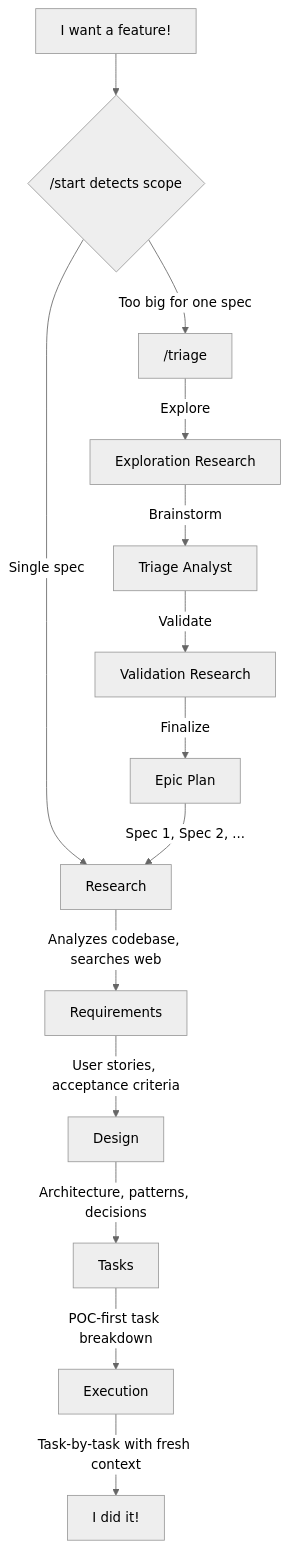
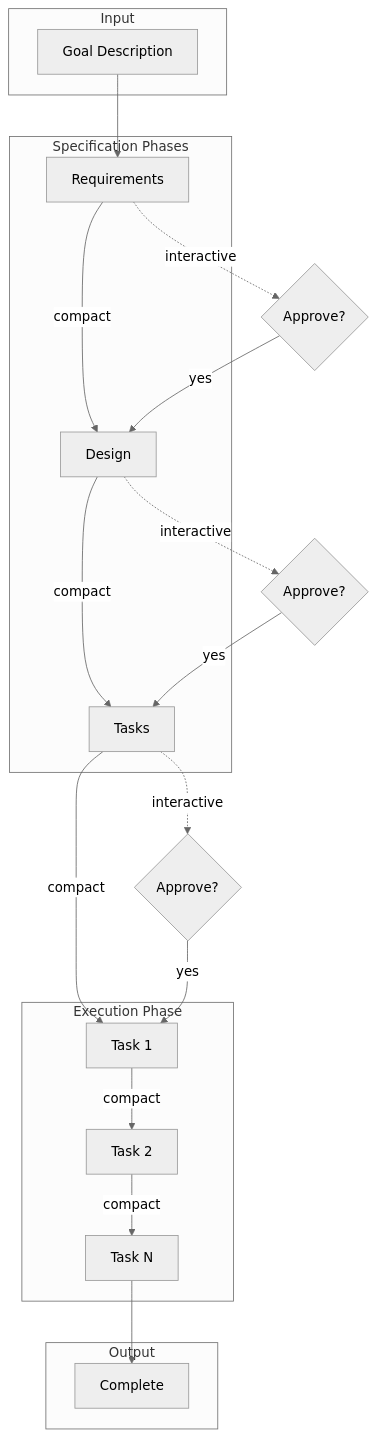
Before and after one commit to tzachbon/smart-ralph: the first of 2 diagrams in README.md, drawn with Mermaid (neutral theme). The commit also changed other lines of this file and 2 other files, not shown here.

First line of the commit message:
docs: update ARCHITECTURE.md, ENGINE_ROADMAP.md, README.md for epic

````diff
--- a/README.md
+++ b/README.md
@@ -242,18 +97,38 @@
 ```mermaid
-flowchart TD
-    A["I want a feature!"] --> B{"/start detects scope"}
-    B -->|Single spec| C[Research]
-    B -->|"Too big for one spec"| T["/triage"]
+flowchart TB
+    subgraph Input
+        G[Goal Description]
+    end
 
-    C -->|Analyzes codebase, searches web| D[Requirements]
-    D -->|User stories, acceptance criteria| E[Design]
-    E -->|Architecture, patterns, decisions| F[Tasks]
-    F -->|POC-first task breakdown| G[Execution]
-    G -->|Task-by-task with fresh context| H["I did it!"]
+    subgraph Spec["Specification Phases"]
+        R[Requirements]
+        D[Design]
+        T[Tasks]
+    end
 
-    T -->|Explore| T1[Exploration Research]
-    T1 -->|Brainstorm| T2[Triage Analyst]
-    T2 -->|Validate| T3[Validation Research]
-    T3 -->|Finalize| T4["Epic Plan"]
-    T4 -->|"Spec 1, Spec 2, ..."| C
+    subgraph Exec["Execution Phase"]
+        E1[Task 1]
+        E2[Task 2]
+        EN[Task N]
+    end
+
+    subgraph Output
+        C[Complete]
+    end
+
+    G --> R
+    R -->|compact| D
+    D -->|compact| T
+    T -->|compact| E1
+    E1 -->|compact| E2
+    E2 -->|compact| EN
+    EN --> C
+
+    R -.->|interactive| A1{Approve?}
+    D -.->|interactive| A2{Approve?}
+    T -.->|interactive| A3{Approve?}
+
+    A1 -->|yes| D
+    A2 -->|yes| T
+    A3 -->|yes| E1
 ```
````
